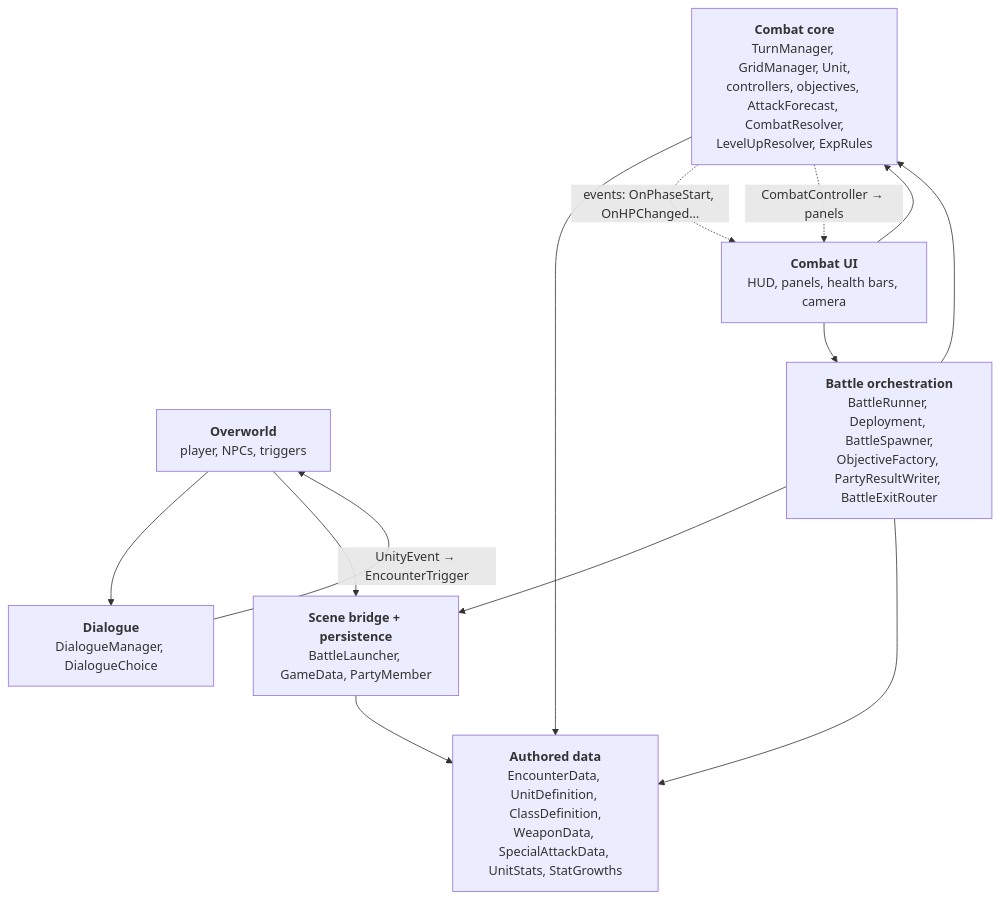
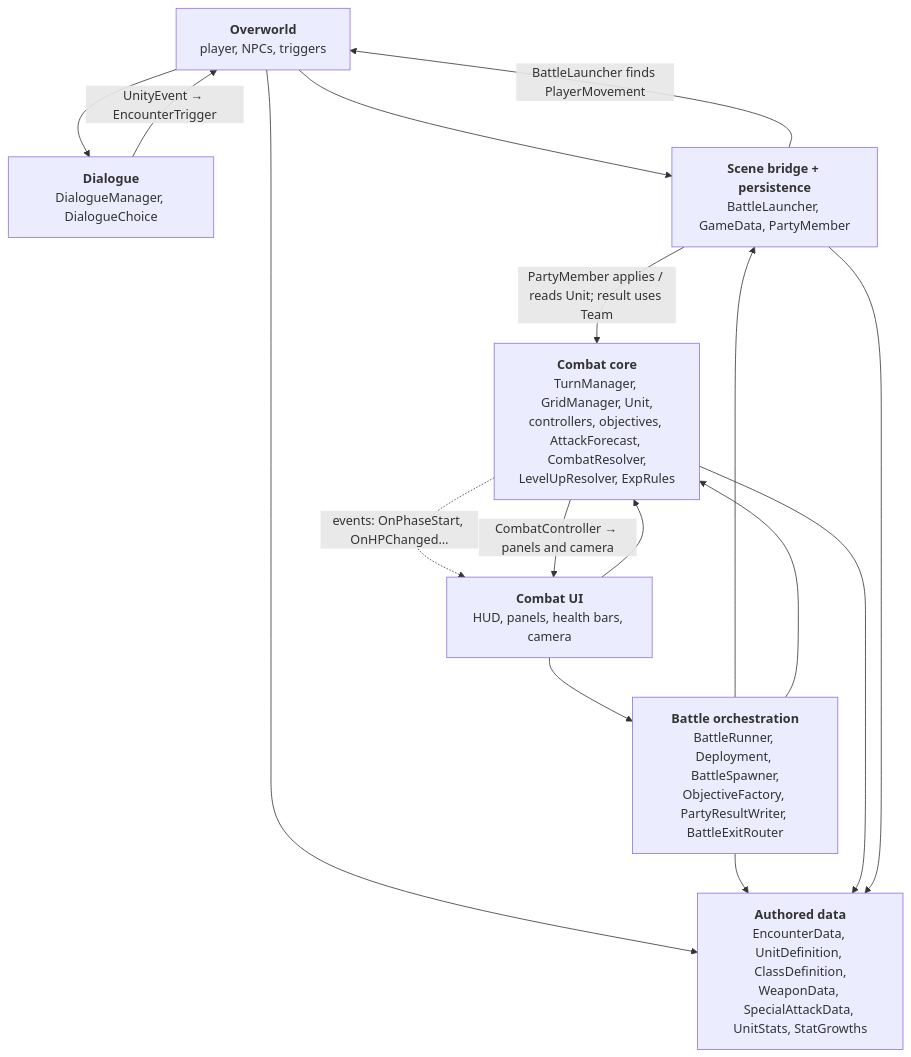
The diagram in docs/uml/01-architecture-overview.md (Ampherost/VerdantVenture), drawn with Mermaid before and after one commit. The commit also changed other lines of this file and 6 other files, not shown here.

Commit message:
UML diagram update

````diff
--- a/docs/uml/01-architecture-overview.md
+++ b/docs/uml/01-architecture-overview.md
@@ -7,24 +7,27 @@
 ```mermaid
 flowchart TB
     OW["<b>Overworld</b><br/>player, NPCs, triggers"]
     DLG["<b>Dialogue</b><br/>DialogueManager, DialogueChoice"]
     BRG["<b>Scene bridge + persistence</b><br/>BattleLauncher, GameData, PartyMember"]
     CMB["<b>Combat core</b><br/>TurnManager, GridManager, Unit,<br/>controllers, objectives, AttackForecast, CombatResolver,<br/>LevelUpResolver, ExpRules"]
     ORC["<b>Battle orchestration</b><br/>BattleRunner, Deployment, BattleSpawner,<br/>ObjectiveFactory, PartyResultWriter, BattleExitRouter"]
     UI["<b>Combat UI</b><br/>HUD, panels, health bars, camera"]
     DATA["<b>Authored data</b><br/>EncounterData, UnitDefinition, ClassDefinition,<br/>WeaponData, SpecialAttackData, UnitStats, StatGrowths"]
 
     OW --> DLG
     DLG -- "UnityEvent → EncounterTrigger" --> OW
     OW --> BRG
+    OW --> DATA
+    BRG -- "BattleLauncher finds PlayerMovement" --> OW
+    BRG -- "PartyMember applies / reads Unit; result uses Team" --> CMB
     ORC --> BRG
     ORC --> CMB
     ORC --> DATA
     CMB --> DATA
     BRG --> DATA
     UI --> CMB
     UI --> ORC
     CMB -. "events: OnPhaseStart, OnHPChanged…" .-> UI
-    CMB -. "CombatController → panels" .-> UI
+    CMB -- "CombatController → panels and camera" --> UI
 
 ```
````
